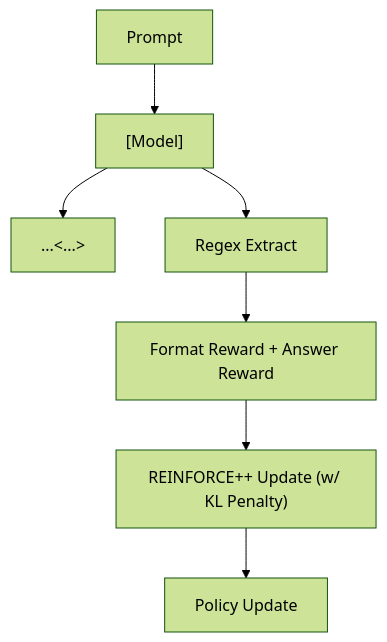
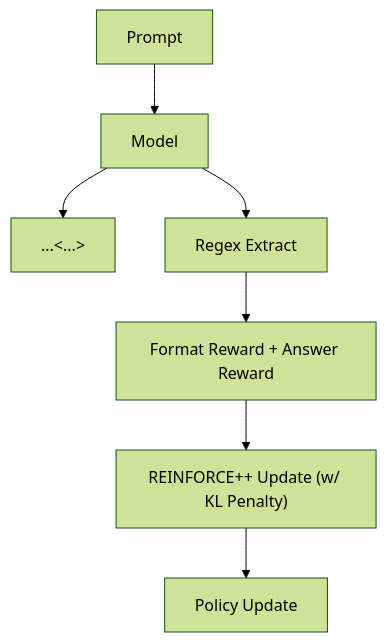
One commit to sou350121/Trading-Handbook changed the diagram in foundations/llm-agentic/logic-rl.md. Above: the diagram before and after it, drawn with Mermaid (forest theme). The commit also changed 191 other files, not shown here.

First line of the commit message:
render: fix math + mermaid for GitHub across the corpus (188 pages)

````diff
--- a/foundations/llm-agentic/logic-rl.md
+++ b/foundations/llm-agentic/logic-rl.md
@@ -29,9 +29,9 @@
 ```mermaid
 flowchart TD
-    A["Prompt"] --> B["[Model]"]
-    B --> C["<think>...<...>"]
+    A["Prompt"] --> B["Model"]
+    B --> C["<think>...&lt;...&gt;"]
     B --> D["Regex Extract"]
     D --> E["Format Reward + Answer Reward"]
     E --> F["REINFORCE++ Update (w/ KL Penalty)"]
     F --> G["Policy Update"]
 ```
````
